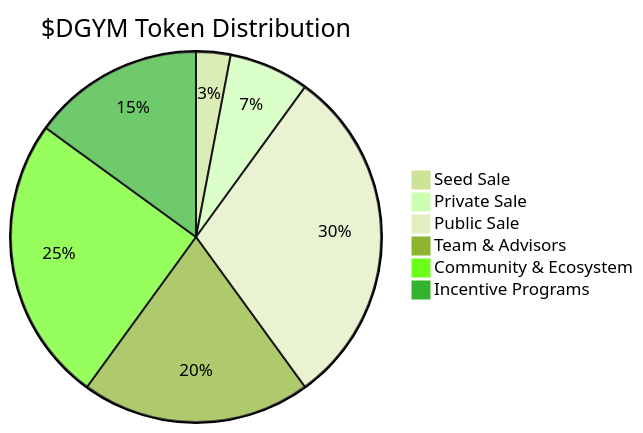
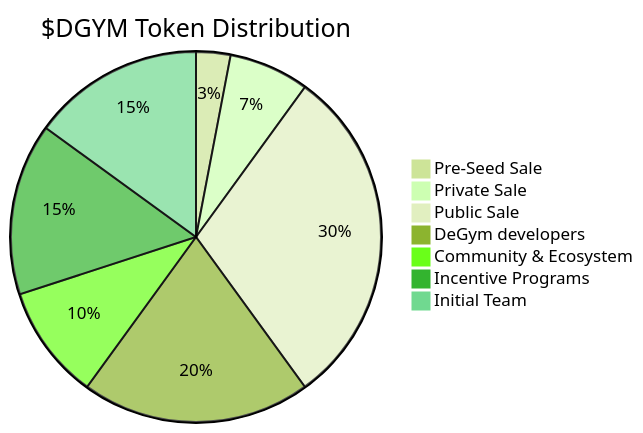
One commit to DeGym/documentation changed the diagram in gym-dao/usddgym-tokenomics.md. Above: the diagram before and after it, drawn with Mermaid. The commit also changed other lines of this file, not shown here.

````diff
--- a/gym-dao/usddgym-tokenomics.md
+++ b/gym-dao/usddgym-tokenomics.md
@@ -29,13 +29,12 @@
 ```mermaid
 %%{init: {'theme': 'forest'}}%%
 
 pie title $DGYM Token Distribution
-    "Seed Sale" : 3
+    "Pre-Seed Sale" : 3
     "Private Sale" : 7
     "Public Sale" : 30
-    "Team & Advisors" : 20
-    "Community & Ecosystem" : 25
+    "DeGym developers" : 20
+    "Community & Ecosystem" : 10
     "Incentive Programs" : 15
-
-
+    "Initial Team": 15
 ```
````
